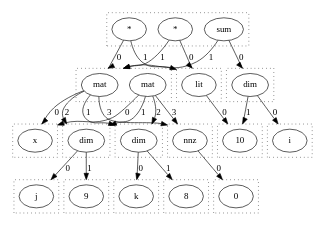
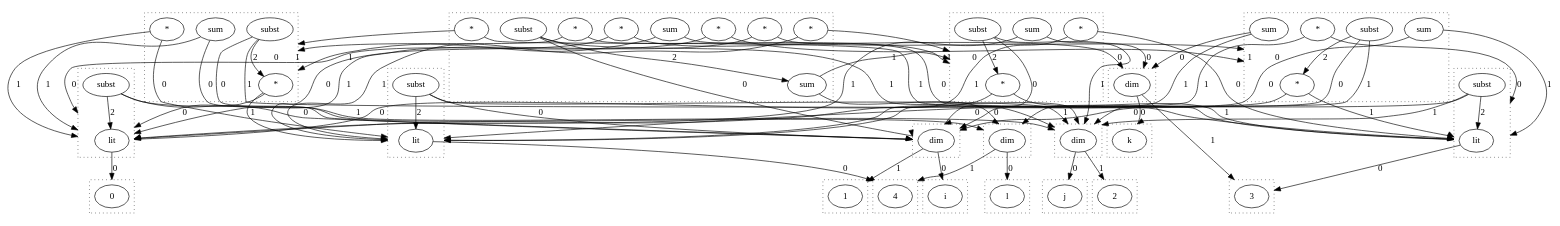
One commit to wormhole-optimization/warp changed the diagram in dots/test.dot. Above: the diagram before and after it, drawn with Graphviz. The commit also changed 5 other files, not shown here.

```diff
--- a/dots/test.dot
+++ b/dots/test.dot
@@ -1,88 +1,172 @@
 digraph {
   compound=true
   subgraph cluster_0 {
     style=dotted
     0.0[label = "i"]
   }
   subgraph cluster_1 {
     style=dotted
-    1.0[label = "10"]
+    1.0[label = "1"]
   }
   subgraph cluster_2 {
     style=dotted
     2.0[label = "dim"]
   }
   subgraph cluster_3 {
     style=dotted
-    3.0[label = "x"]
+    3.0[label = "j"]
   }
   subgraph cluster_4 {
     style=dotted
-    4.0[label = "j"]
+    4.0[label = "2"]
   }
   subgraph cluster_5 {
     style=dotted
-    5.0[label = "9"]
+    5.0[label = "dim"]
   }
   subgraph cluster_6 {
     style=dotted
-    6.0[label = "dim"]
+    6.0[label = "k"]
   }
   subgraph cluster_7 {
     style=dotted
-    7.0[label = "k"]
+    7.0[label = "3"]
   }
   subgraph cluster_8 {
     style=dotted
-    8.0[label = "8"]
+    8.0[label = "dim"]
   }
   subgraph cluster_9 {
     style=dotted
-    9.0[label = "dim"]
+    9.0[label = "l"]
   }
   subgraph cluster_10 {
     style=dotted
-    10.0[label = "0"]
+    10.0[label = "4"]
   }
   subgraph cluster_11 {
     style=dotted
-    11.0[label = "nnz"]
+    11.0[label = "dim"]
   }
   subgraph cluster_12 {
     style=dotted
-    12.0[label = "mat"]
-    12.1[label = "mat"]
+    12.0[label = "0"]
   }
-  subgraph cluster_13 {
+  subgraph cluster_16 {
     style=dotted
-    13.0[label = "*"]
-    13.1[label = "sum"]
-    13.2[label = "*"]
+    16.0[label = "sum"]
+    16.1[label = "subst"]
+    16.2[label = "sum"]
+    16.3[label = "*"]
+    16.4[label = "*"]
+    16.5[label = "*"]
+    16.6[label = "*"]
+    16.7[label = "*"]
+    16.8[label = "*"]
   }
-  subgraph cluster_15 {
+  subgraph cluster_19 {
     style=dotted
-    15.0[label = "lit"]
+    19.0[label = "*"]
+    19.1[label = "sum"]
+    19.2[label = "*"]
+    19.3[label = "subst"]
+  }
+  subgraph cluster_21 {
+    style=dotted
+    21.0[label = "*"]
+    21.1[label = "sum"]
+    21.2[label = "*"]
+    21.3[label = "subst"]
+  }
+  subgraph cluster_49 {
+    style=dotted
+    49.0[label = "lit"]
+    49.1[label = "subst"]
+  }
+  subgraph cluster_51 {
+    style=dotted
+    51.0[label = "lit"]
+    51.1[label = "subst"]
+  }
+  subgraph cluster_53 {
+    style=dotted
+    53.0[label = "lit"]
+    53.1[label = "subst"]
+  }
+  subgraph cluster_54 {
+    style=dotted
+    54.0[label = "*"]
+    54.1[label = "sum"]
+    54.2[label = "subst"]
+    54.3[label = "*"]
+    54.4[label = "sum"]
   }
   2.0 -> 0.0 [lhead = cluster_0, label = 0]
   2.0 -> 1.0 [lhead = cluster_1, label = 1]
-  6.0 -> 4.0 [lhead = cluster_4, label = 0]
-  6.0 -> 5.0 [lhead = cluster_5, label = 1]
-  9.0 -> 7.0 [lhead = cluster_7, label = 0]
-  9.0 -> 8.0 [lhead = cluster_8, label = 1]
-  11.0 -> 10.0 [lhead = cluster_10, label = 0]
-  12.0 -> 3.0 [lhead = cluster_3, label = 0]
-  12.0 -> 9.0 [lhead = cluster_9, label = 1]
-  12.0 -> 6.0 [lhead = cluster_6, label = 2]
-  12.0 -> 11.0 [lhead = cluster_11, label = 3]
-  12.1 -> 3.0 [lhead = cluster_3, label = 0]
-  12.1 -> 6.0 [lhead = cluster_6, label = 1]
-  12.1 -> 9.0 [lhead = cluster_9, label = 2]
-  12.1 -> 11.0 [lhead = cluster_11, label = 3]
-  13.0 -> 12.0 [lhead = cluster_12, label = 0]
-  13.0 -> 15.0 [lhead = cluster_15, label = 1]
-  13.1 -> 2.0 [lhead = cluster_2, label = 0]
-  13.1 -> 12.0 [lhead = cluster_12, label = 1]
-  13.2 -> 15.0 [lhead = cluster_15, label = 0]
-  13.2 -> 12.0 [lhead = cluster_12, label = 1]
-  15.0 -> 1.0 [lhead = cluster_1, label = 0]
+  5.0 -> 3.0 [lhead = cluster_3, label = 0]
+  5.0 -> 4.0 [lhead = cluster_4, label = 1]
+  8.0 -> 6.0 [lhead = cluster_6, label = 0]
+  8.0 -> 7.0 [lhead = cluster_7, label = 1]
+  11.0 -> 9.0 [lhead = cluster_9, label = 0]
+  11.0 -> 10.0 [lhead = cluster_10, label = 1]
+  16.0 -> 11.0 [lhead = cluster_11, label = 0]
+  16.0 -> 19.0 [lhead = cluster_19, label = 1]
+  16.1 -> 2.0 [lhead = cluster_2, label = 0]
+  16.1 -> 5.0 [lhead = cluster_5, label = 1]
+  16.1 -> 16.0 [lhead = cluster_16, label = 2]
+  16.2 -> 8.0 [lhead = cluster_8, label = 0]
+  16.2 -> 21.0 [lhead = cluster_21, label = 1]
+  16.3 -> 19.0 [lhead = cluster_19, label = 0]
+  16.3 -> 49.0 [lhead = cluster_49, label = 1]
+  16.4 -> 21.0 [lhead = cluster_21, label = 0]
+  16.4 -> 51.0 [lhead = cluster_51, label = 1]
+  16.5 -> 49.0 [lhead = cluster_49, label = 0]
+  16.5 -> 19.0 [lhead = cluster_19, label = 1]
+  16.6 -> 51.0 [lhead = cluster_51, label = 0]
+  16.6 -> 21.0 [lhead = cluster_21, label = 1]
+  16.7 -> 53.0 [lhead = cluster_53, label = 0]
+  16.7 -> 54.0 [lhead = cluster_54, label = 1]
+  16.8 -> 54.0 [lhead = cluster_54, label = 0]
+  16.8 -> 53.0 [lhead = cluster_53, label = 1]
+  19.0 -> 53.0 [lhead = cluster_53, label = 0]
+  19.0 -> 51.0 [lhead = cluster_51, label = 1]
+  19.1 -> 8.0 [lhead = cluster_8, label = 0]
+  19.1 -> 53.0 [lhead = cluster_53, label = 1]
+  19.2 -> 51.0 [lhead = cluster_51, label = 0]
+  19.2 -> 53.0 [lhead = cluster_53, label = 1]
+  19.3 -> 2.0 [lhead = cluster_2, label = 0]
+  19.3 -> 5.0 [lhead = cluster_5, label = 1]
+  19.3 -> 19.0 [lhead = cluster_19, label = 2]
+  21.0 -> 53.0 [lhead = cluster_53, label = 0]
+  21.0 -> 49.0 [lhead = cluster_49, label = 1]
+  21.1 -> 11.0 [lhead = cluster_11, label = 0]
+  21.1 -> 53.0 [lhead = cluster_53, label = 1]
+  21.2 -> 49.0 [lhead = cluster_49, label = 0]
+  21.2 -> 53.0 [lhead = cluster_53, label = 1]
+  21.3 -> 2.0 [lhead = cluster_2, label = 0]
+  21.3 -> 5.0 [lhead = cluster_5, label = 1]
+  21.3 -> 21.0 [lhead = cluster_21, label = 2]
+  49.0 -> 10.0 [lhead = cluster_10, label = 0]
+  49.1 -> 2.0 [lhead = cluster_2, label = 0]
+  49.1 -> 5.0 [lhead = cluster_5, label = 1]
+  49.1 -> 49.0 [lhead = cluster_49, label = 2]
+  51.0 -> 7.0 [lhead = cluster_7, label = 0]
+  51.1 -> 2.0 [lhead = cluster_2, label = 0]
+  51.1 -> 5.0 [lhead = cluster_5, label = 1]
+  51.1 -> 51.0 [lhead = cluster_51, label = 2]
+  53.0 -> 12.0 [lhead = cluster_12, label = 0]
+  53.1 -> 2.0 [lhead = cluster_2, label = 0]
+  53.1 -> 5.0 [lhead = cluster_5, label = 1]
+  53.1 -> 53.0 [lhead = cluster_53, label = 2]
+  54.0 -> 49.0 [lhead = cluster_49, label = 0]
+  54.0 -> 51.0 [lhead = cluster_51, label = 1]
+  54.1 -> 8.0 [lhead = cluster_8, label = 0]
+  54.1 -> 49.0 [lhead = cluster_49, label = 1]
+  54.2 -> 2.0 [lhead = cluster_2, label = 0]
+  54.2 -> 5.0 [lhead = cluster_5, label = 1]
+  54.2 -> 54.0 [lhead = cluster_54, label = 2]
+  54.3 -> 51.0 [lhead = cluster_51, label = 0]
+  54.3 -> 49.0 [lhead = cluster_49, label = 1]
+  54.4 -> 11.0 [lhead = cluster_11, label = 0]
+  54.4 -> 51.0 [lhead = cluster_51, label = 1]
 }
```
